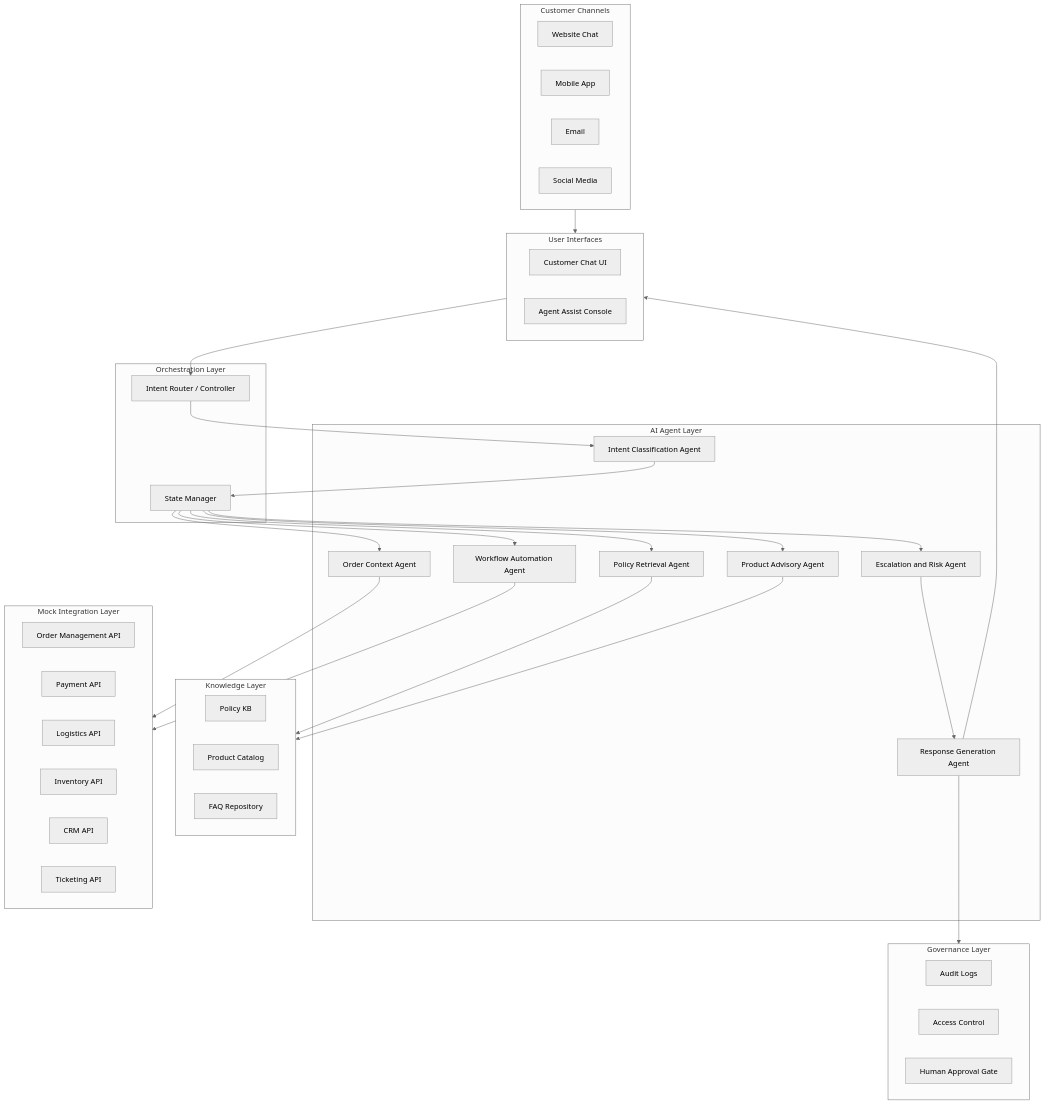
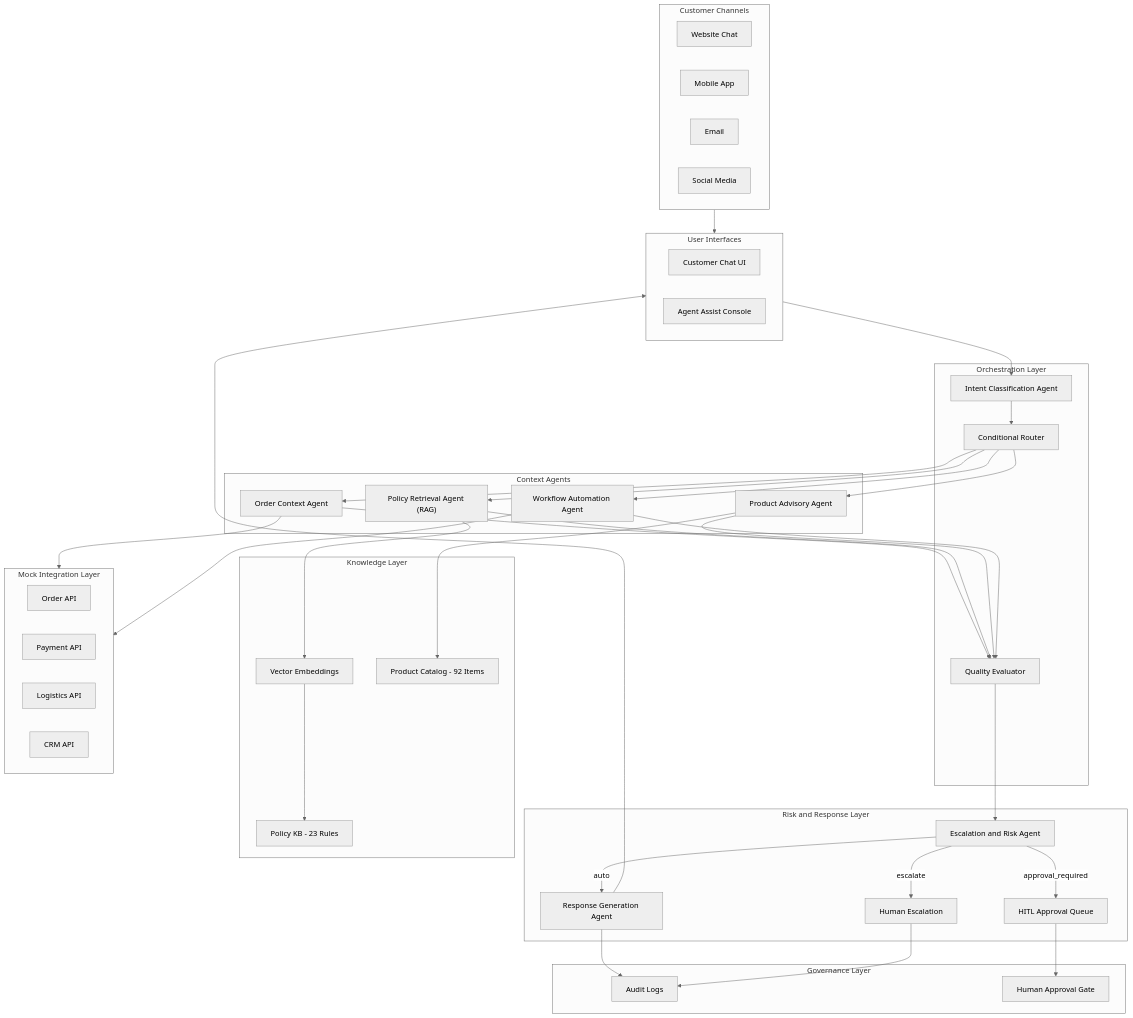
Before and after one commit to Ashish-training-droid/Agentic-AI-Powered-Retail-E-commerce-Customer-Support-System: the diagram in README.md, drawn with Mermaid (neutral theme).

Commit message:
fix: correct architecture diagram to match actual pipeline flow

````diff
--- a/README.md
+++ b/README.md
@@ -33,67 +33,77 @@
 ```mermaid
 flowchart TD
     subgraph channels [Customer Channels]
         Web[Website Chat]
         Mobile[Mobile App]
         Email[Email]
         Social[Social Media]
     end
 
     subgraph ui [User Interfaces]
         CustomerChat[Customer Chat UI]
         AgentConsole[Agent Assist Console]
     end
 
     subgraph orchestration [Orchestration Layer]
-        Router[Intent Router / Controller]
-        StateManager[State Manager]
+        IntentAgent[Intent Classification Agent]
+        Router[Conditional Router]
+        Evaluator[Quality Evaluator]
     end
 
-    subgraph agents [AI Agent Layer]
-        IntentAgent[Intent Classification Agent]
+    subgraph contextAgents [Context Agents]
         OrderAgent[Order Context Agent]
-        PolicyAgent[Policy Retrieval Agent]
+        PolicyAgent["Policy Retrieval Agent (RAG)"]
         ProductAgent[Product Advisory Agent]
         WorkflowAgent[Workflow Automation Agent]
+    end
+
+    subgraph riskLayer [Risk and Response Layer]
         RiskAgent[Escalation and Risk Agent]
         ResponseAgent[Response Generation Agent]
+        HITLQueue[HITL Approval Queue]
+        Escalation[Human Escalation]
     end
 
     subgraph knowledge [Knowledge Layer]
-        PolicyKB[Policy KB]
-        ProductCatalog[Product Catalog]
-        FAQ[FAQ Repository]
+        PolicyKB[Policy KB - 23 Rules]
+        Embeddings[Vector Embeddings]
+        ProductCatalog[Product Catalog - 92 Items]
     end
 
     subgraph integrations [Mock Integration Layer]
-        OrderAPI[Order Management API]
+        OrderAPI[Order API]
         PaymentAPI[Payment API]
         LogisticsAPI[Logistics API]
-        InventoryAPI[Inventory API]
         CRMAPI[CRM API]
-        TicketAPI[Ticketing API]
     end
 
     subgraph governance [Governance Layer]
         AuditLog[Audit Logs]
-        AccessControl[Access Control]
         HumanApproval[Human Approval Gate]
     end
 
     channels --> ui
-    ui --> Router
-    Router --> IntentAgent
-    IntentAgent --> StateManager
-    StateManager --> OrderAgent
-    StateManager --> PolicyAgent
-    StateManager --> ProductAgent
-    StateManager --> WorkflowAgent
-    StateManager --> RiskAgent
+    ui --> IntentAgent
+    IntentAgent --> Router
+    Router --> OrderAgent
+    Router --> PolicyAgent
+    Router --> ProductAgent
+    Router --> WorkflowAgent
     OrderAgent --> integrations
-    PolicyAgent --> knowledge
-    ProductAgent --> knowledge
+    PolicyAgent --> Embeddings
+    Embeddings --> PolicyKB
+    ProductAgent --> ProductCatalog
     WorkflowAgent --> integrations
-    RiskAgent --> ResponseAgent
+    OrderAgent --> Evaluator
+    PolicyAgent --> Evaluator
+    ProductAgent --> Evaluator
+    WorkflowAgent --> Evaluator
+    Evaluator --> RiskAgent
+    RiskAgent -->|auto| ResponseAgent
+    RiskAgent -->|approval_required| HITLQueue
+    RiskAgent -->|escalate| Escalation
+    HITLQueue --> HumanApproval
     ResponseAgent --> ui
-    ResponseAgent --> governance
+    ResponseAgent --> AuditLog
+    Escalation --> AuditLog
 ```
````
